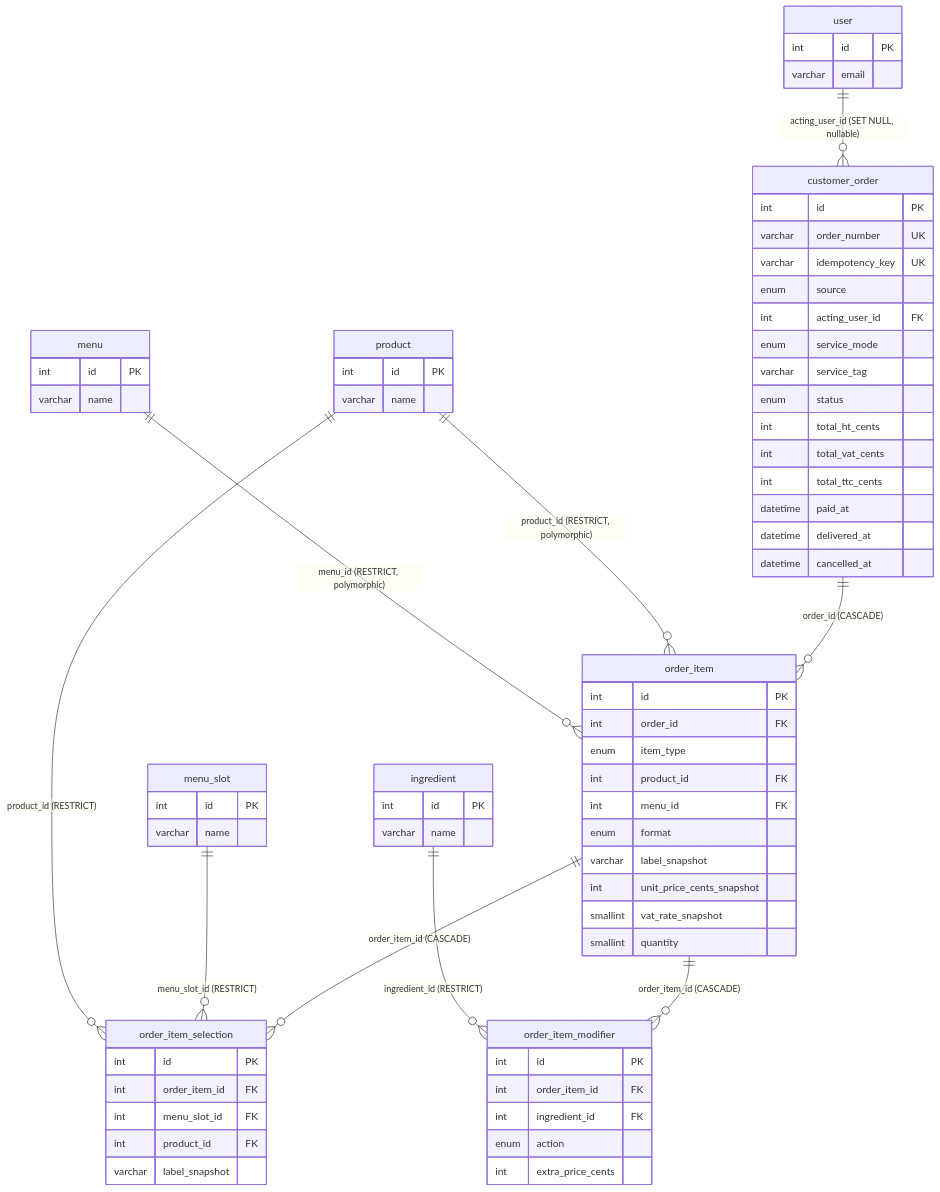
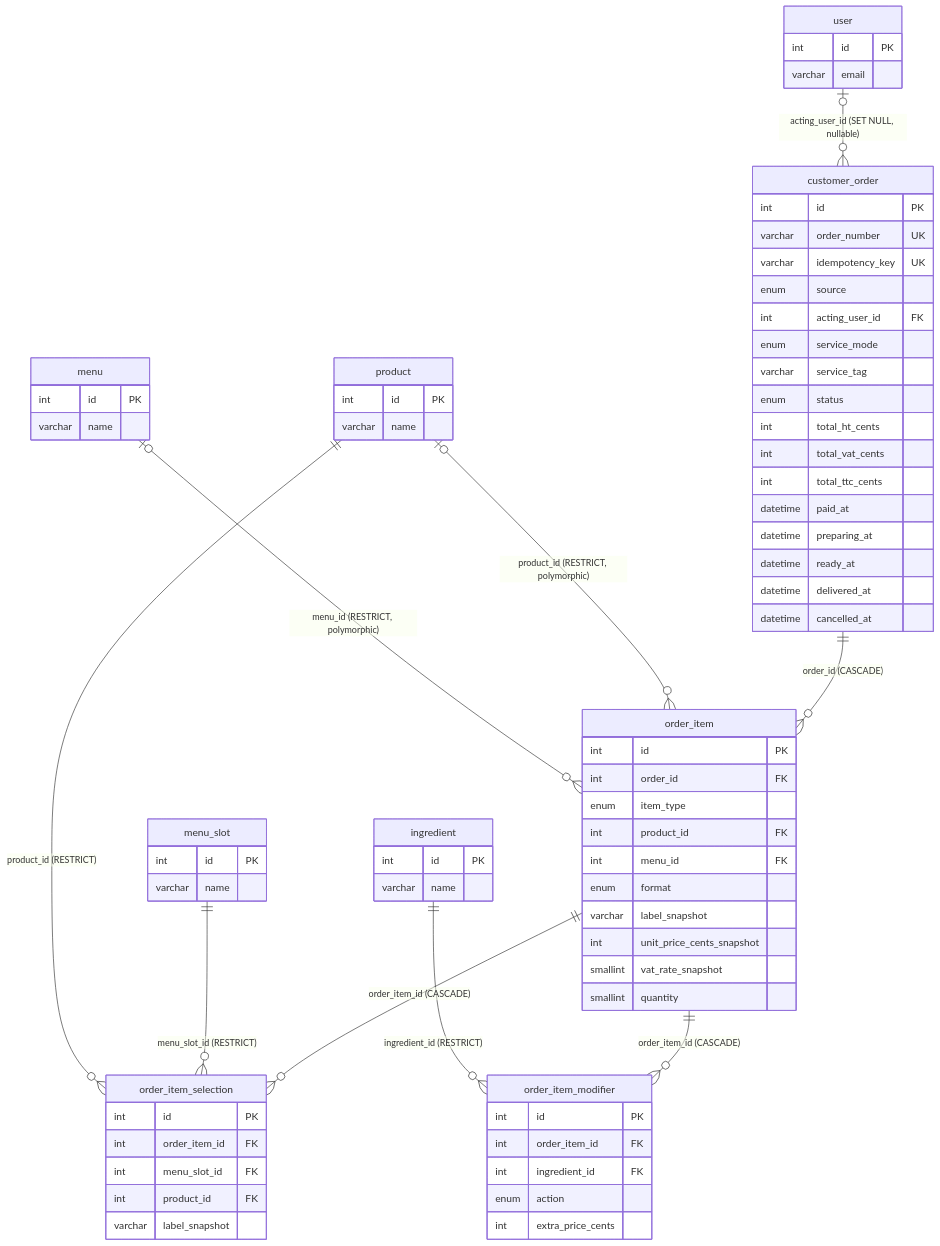
The third of 4 diagrams in docs/merise/mld.md (AcadeNice/wakdo_corentin), drawn with Mermaid before and after one commit. The commit also changed other lines of this file and 30 other files, not shown here.

````diff
--- a/docs/merise/mld.md
+++ b/docs/merise/mld.md
@@ -237,75 +249,77 @@
 ```mermaid
 erDiagram
     customer_order {
         int id PK
         varchar order_number UK
         varchar idempotency_key UK
         enum source
         int acting_user_id FK
         enum service_mode
         varchar service_tag
         enum status
         int total_ht_cents
         int total_vat_cents
         int total_ttc_cents
         datetime paid_at
+        datetime preparing_at
+        datetime ready_at
         datetime delivered_at
         datetime cancelled_at
     }
     order_item {
         int id PK
         int order_id FK
         enum item_type
         int product_id FK
         int menu_id FK
         enum format
         varchar label_snapshot
         int unit_price_cents_snapshot
         smallint vat_rate_snapshot
         smallint quantity
     }
     order_item_selection {
         int id PK
         int order_item_id FK
         int menu_slot_id FK
         int product_id FK
         varchar label_snapshot
     }
     order_item_modifier {
         int id PK
         int order_item_id FK
         int ingredient_id FK
         enum action
         int extra_price_cents
     }
     user {
         int id PK
         varchar email
     }
     product {
         int id PK
         varchar name
     }
     menu {
         int id PK
         varchar name
     }
     menu_slot {
         int id PK
         varchar name
     }
     ingredient {
         int id PK
         varchar name
     }
 
-    user ||--o{ customer_order : "acting_user_id (SET NULL, nullable)"
+    user |o--o{ customer_order : "acting_user_id (SET NULL, nullable)"
     customer_order ||--o{ order_item : "order_id (CASCADE)"
-    product ||--o{ order_item : "product_id (RESTRICT, polymorphic)"
-    menu ||--o{ order_item : "menu_id (RESTRICT, polymorphic)"
+    product |o--o{ order_item : "product_id (RESTRICT, polymorphic)"
+    menu |o--o{ order_item : "menu_id (RESTRICT, polymorphic)"
     order_item ||--o{ order_item_selection : "order_item_id (CASCADE)"
     menu_slot ||--o{ order_item_selection : "menu_slot_id (RESTRICT)"
     product ||--o{ order_item_selection : "product_id (RESTRICT)"
     order_item ||--o{ order_item_modifier : "order_item_id (CASCADE)"
     ingredient ||--o{ order_item_modifier : "ingredient_id (RESTRICT)"
 ```
````
